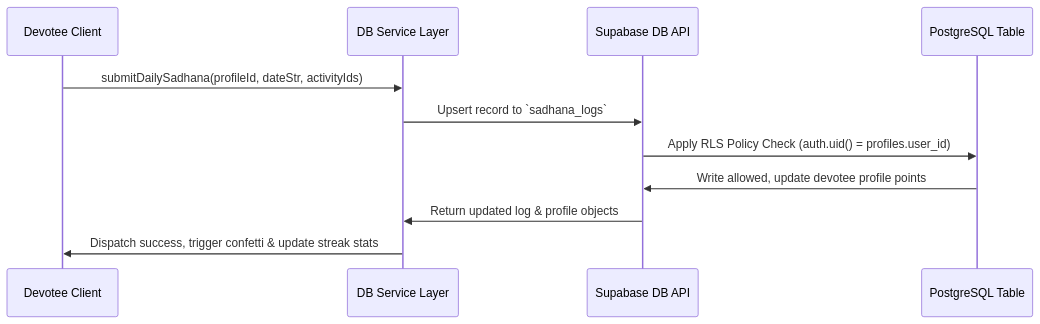
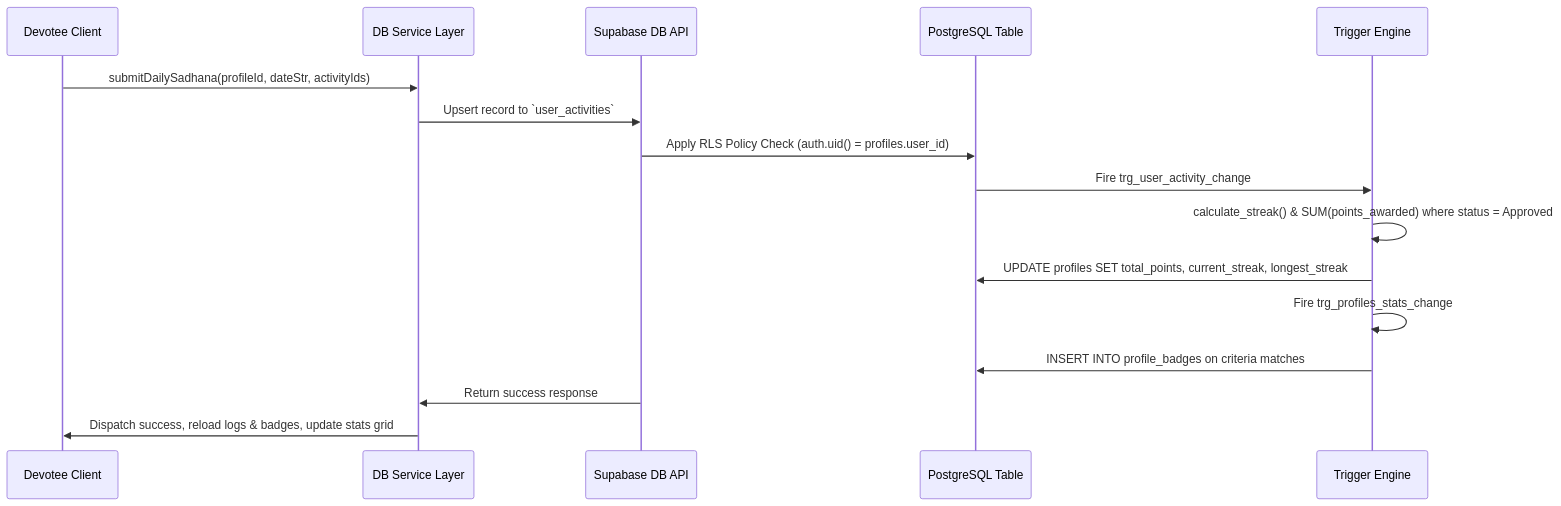
One commit to Jainabhi90/jain-website-labriya- changed the fourth of 4 diagrams in docs/ARCHITECTURE.md. Above: the diagram before and after it, drawn with Mermaid. The commit also changed other lines of this file and 10 other files, not shown here.

Commit message:
feat: implement automated Sadhana tracking system with streak calculations and milestone badge triggers

````diff
--- a/docs/ARCHITECTURE.md
+++ b/docs/ARCHITECTURE.md
@@ -143,14 +145,19 @@
 ```mermaid
 sequenceDiagram
     participant D as Devotee Client
     participant DS as DB Service Layer
     participant S as Supabase DB API
     participant DB as PostgreSQL Table
+    participant Trig as Trigger Engine
 
     D->>DS: submitDailySadhana(profileId, dateStr, activityIds)
-    DS->>S: Upsert record to `sadhana_logs`
+    DS->>S: Upsert record to `user_activities`
     S->>DB: Apply RLS Policy Check (auth.uid() = profiles.user_id)
-    DB->>S: Write allowed, update devotee profile points
-    S->>DS: Return updated log & profile objects
-    DS->>D: Dispatch success, trigger confetti & update streak stats
+    DB->>Trig: Fire trg_user_activity_change
+    Trig->>Trig: calculate_streak() & SUM(points_awarded) where status = Approved
+    Trig->>DB: UPDATE profiles SET total_points, current_streak, longest_streak
+    Trig->>Trig: Fire trg_profiles_stats_change
+    Trig->>DB: INSERT INTO profile_badges on criteria matches
+    S->>DS: Return success response
+    DS->>D: Dispatch success, reload logs & badges, update stats grid
 ```
````
